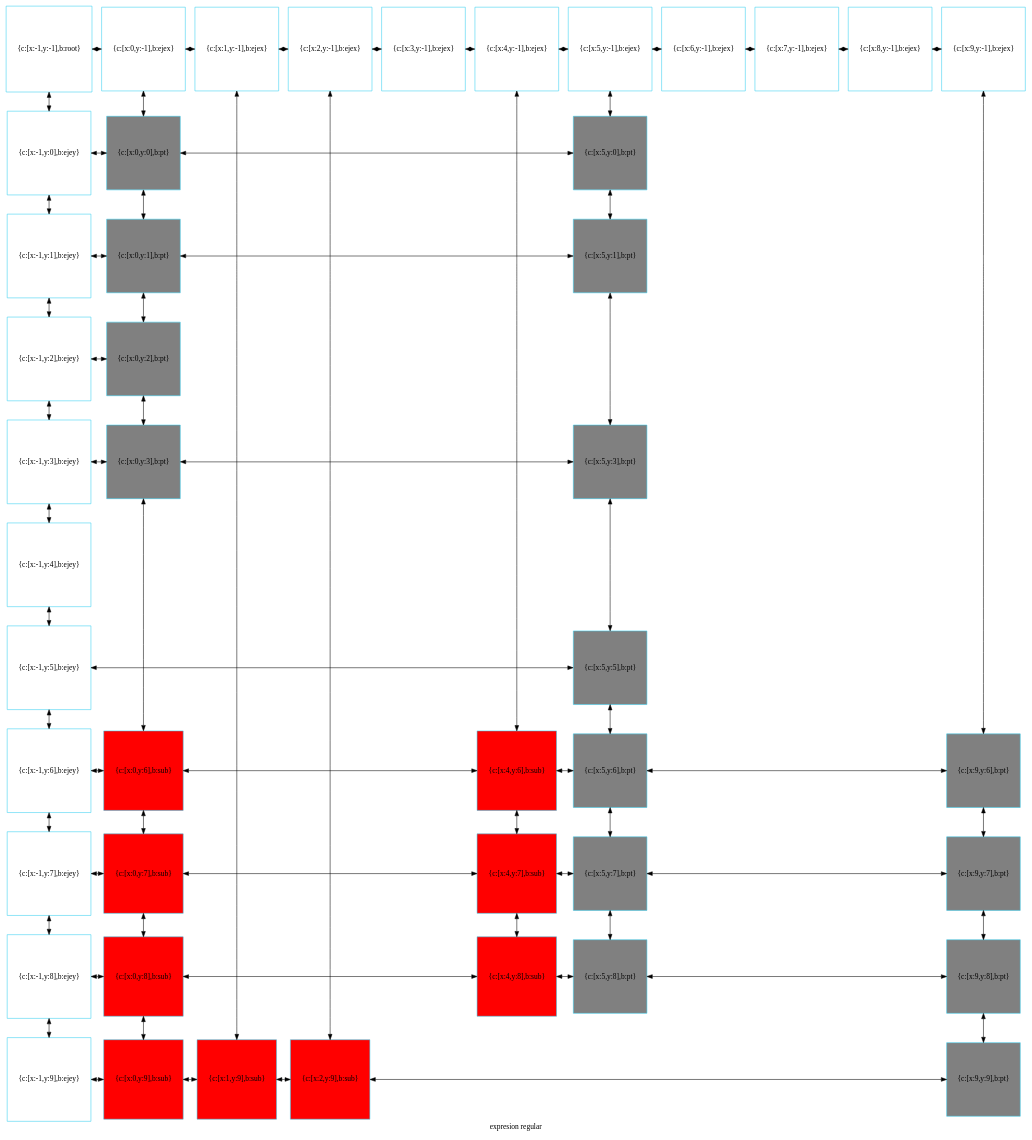
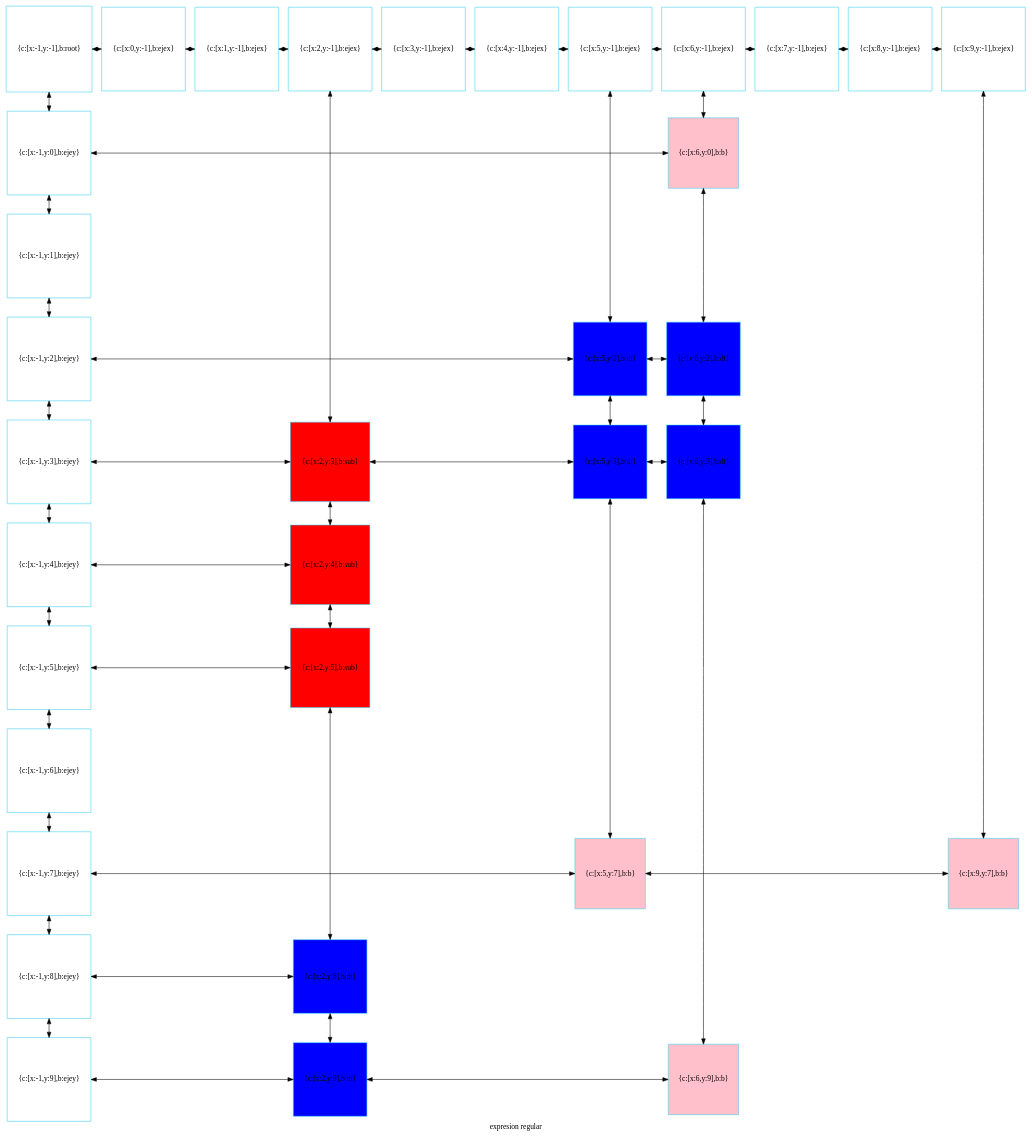
The diagram in mitablero.dot (betebetoven/EDDS2F2), drawn with Graphviz before and after one commit. The commit also changed 10 other files, not shown here.

```diff
--- a/mitablero.dot
+++ b/mitablero.dot
@@ -1,133 +1,100 @@
 digraph G
 {label="expresion regular"
         node[shape = square]
         node[style = filled]
         node[fillcolor = "#EEEEE"]
         node[color = "#EEEEE"]
         node[color = "#31CEF0"]
 
-500380260576[label="{c:[x:-1,y:-1],b:root}",fillcolor = "white"]
-500380260720[label="{c:[x:0,y:-1],b:ejex}",fillcolor = "white"]
-500380260864[label="{c:[x:1,y:-1],b:ejex}",fillcolor = "white"]
-500380261008[label="{c:[x:2,y:-1],b:ejex}",fillcolor = "white"]
-500380261152[label="{c:[x:3,y:-1],b:ejex}",fillcolor = "white"]
-500380261296[label="{c:[x:4,y:-1],b:ejex}",fillcolor = "white"]
-500380261440[label="{c:[x:5,y:-1],b:ejex}",fillcolor = "white"]
-500380261584[label="{c:[x:6,y:-1],b:ejex}",fillcolor = "white"]
-500380261728[label="{c:[x:7,y:-1],b:ejex}",fillcolor = "white"]
-500380261872[label="{c:[x:8,y:-1],b:ejex}",fillcolor = "white"]
-500380262016[label="{c:[x:9,y:-1],b:ejex}",fillcolor = "white"]
-500380262160[label="{c:[x:-1,y:0],b:ejey}",fillcolor = "white"]
-500380270992[label="{c:[x:0,y:0],b:pt}",fillcolor = "gray"]
-500380272096[label="{c:[x:5,y:0],b:pt}",fillcolor = "gray"]
-500380262304[label="{c:[x:-1,y:1],b:ejey}",fillcolor = "white"]
-500380271232[label="{c:[x:0,y:1],b:pt}",fillcolor = "gray"]
-500380272336[label="{c:[x:5,y:1],b:pt}",fillcolor = "gray"]
-500380262512[label="{c:[x:-1,y:2],b:ejey}",fillcolor = "white"]
-500380271472[label="{c:[x:0,y:2],b:pt}",fillcolor = "gray"]
-500380262656[label="{c:[x:-1,y:3],b:ejey}",fillcolor = "white"]
-500380271712[label="{c:[x:0,y:3],b:pt}",fillcolor = "gray"]
-500380272816[label="{c:[x:5,y:3],b:pt}",fillcolor = "gray"]
-500380262800[label="{c:[x:-1,y:4],b:ejey}",fillcolor = "white"]
-500380262944[label="{c:[x:-1,y:5],b:ejey}",fillcolor = "white"]
-500380271952[label="{c:[x:5,y:5],b:pt}",fillcolor = "gray"]
-500380263088[label="{c:[x:-1,y:6],b:ejey}",fillcolor = "white"]
-500380283856[label="{c:[x:0,y:6],b:sub}",fillcolor = "red"]
-500380283136[label="{c:[x:4,y:6],b:sub}",fillcolor = "red"]
-500380273152[label="{c:[x:5,y:6],b:pt}",fillcolor = "gray"]
-500380270944[label="{c:[x:9,y:6],b:pt}",fillcolor = "gray"]
-500380263232[label="{c:[x:-1,y:7],b:ejey}",fillcolor = "white"]
-500380284048[label="{c:[x:0,y:7],b:sub}",fillcolor = "red"]
-500380283328[label="{c:[x:4,y:7],b:sub}",fillcolor = "red"]
-500380273392[label="{c:[x:5,y:7],b:pt}",fillcolor = "gray"]
-500380273968[label="{c:[x:9,y:7],b:pt}",fillcolor = "gray"]
-500380263376[label="{c:[x:-1,y:8],b:ejey}",fillcolor = "white"]
-500380284288[label="{c:[x:0,y:8],b:sub}",fillcolor = "red"]
-500380283568[label="{c:[x:4,y:8],b:sub}",fillcolor = "red"]
-500380273632[label="{c:[x:5,y:8],b:pt}",fillcolor = "gray"]
-500380274352[label="{c:[x:9,y:8],b:pt}",fillcolor = "gray"]
-500380263520[label="{c:[x:-1,y:9],b:ejey}",fillcolor = "white"]
-500380284768[label="{c:[x:0,y:9],b:sub}",fillcolor = "red"]
-500380284624[label="{c:[x:1,y:9],b:sub}",fillcolor = "red"]
-500380285008[label="{c:[x:2,y:9],b:sub}",fillcolor = "red"]
-500380274592[label="{c:[x:9,y:9],b:pt}",fillcolor = "gray"]
-500380260576->500380262160[dir = both];
-500380262160->500380262304[dir = both];
-500380262304->500380262512[dir = both];
-500380262512->500380262656[dir = both];
-500380262656->500380262800[dir = both];
-500380262800->500380262944[dir = both];
-500380262944->500380263088[dir = both];
-500380263088->500380263232[dir = both];
-500380263232->500380263376[dir = both];
-500380263376->500380263520[dir = both];
-500380260720->500380270992[dir = both];
-500380270992->500380271232[dir = both];
-500380271232->500380271472[dir = both];
-500380271472->500380271712[dir = both];
-500380271712->500380283856[dir = both];
-500380283856->500380284048[dir = both];
-500380284048->500380284288[dir = both];
-500380284288->500380284768[dir = both];
-500380260864->500380284624[dir = both];
-500380261008->500380285008[dir = both];
-500380261296->500380283136[dir = both];
-500380283136->500380283328[dir = both];
-500380283328->500380283568[dir = both];
-500380261440->500380272096[dir = both];
-500380272096->500380272336[dir = both];
-500380272336->500380272816[dir = both];
-500380272816->500380271952[dir = both];
-500380271952->500380273152[dir = both];
-500380273152->500380273392[dir = both];
-500380273392->500380273632[dir = both];
-500380262016->500380270944[dir = both];
-500380270944->500380273968[dir = both];
-500380273968->500380274352[dir = both];
-500380274352->500380274592[dir = both];
-500380260576->500380260720[dir = both];
-500380260720->500380260864[dir = both];
-500380260864->500380261008[dir = both];
-500380261008->500380261152[dir = both];
-500380261152->500380261296[dir = both];
-500380261296->500380261440[dir = both];
-500380261440->500380261584[dir = both];
-500380261584->500380261728[dir = both];
-500380261728->500380261872[dir = both];
-500380261872->500380262016[dir = both];
-500380262160->500380270992[constraint=false,dir = both];
-500380270992->500380272096[constraint=false,dir = both];
-500380262304->500380271232[constraint=false,dir = both];
-500380271232->500380272336[constraint=false,dir = both];
-500380262512->500380271472[constraint=false,dir = both];
-500380262656->500380271712[constraint=false,dir = both];
-500380271712->500380272816[constraint=false,dir = both];
-500380262944->500380271952[constraint=false,dir = both];
-500380263088->500380283856[constraint=false,dir = both];
-500380283856->500380283136[constraint=false,dir = both];
-500380283136->500380273152[constraint=false,dir = both];
-500380273152->500380270944[constraint=false,dir = both];
-500380263232->500380284048[constraint=false,dir = both];
-500380284048->500380283328[constraint=false,dir = both];
-500380283328->500380273392[constraint=false,dir = both];
-500380273392->500380273968[constraint=false,dir = both];
-500380263376->500380284288[constraint=false,dir = both];
-500380284288->500380283568[constraint=false,dir = both];
-500380283568->500380273632[constraint=false,dir = both];
-500380273632->500380274352[constraint=false,dir = both];
-500380263520->500380284768[constraint=false,dir = both];
-500380284768->500380284624[constraint=false,dir = both];
-500380284624->500380285008[constraint=false,dir = both];
-500380285008->500380274592[constraint=false,dir = both];
- {rank=same; 500380260576;500380260720;500380260864;500380261008;500380261152;500380261296;500380261440;500380261584;500380261728;500380261872;500380262016;}
- {rank=same; 500380262160;500380270992;500380272096;}
- {rank=same; 500380262304;500380271232;500380272336;}
- {rank=same; 500380262512;500380271472;}
- {rank=same; 500380262656;500380271712;500380272816;}
- {rank=same; 500380262800;}
- {rank=same; 500380262944;500380271952;}
- {rank=same; 500380263088;500380283856;500380283136;500380273152;500380270944;}
- {rank=same; 500380263232;500380284048;500380283328;500380273392;500380273968;}
- {rank=same; 500380263376;500380284288;500380283568;500380273632;500380274352;}
- {rank=same; 500380263520;500380284768;500380284624;500380285008;500380274592;}
+583535751712[label="{c:[x:-1,y:-1],b:root}",fillcolor = "white"]
+583535751856[label="{c:[x:0,y:-1],b:ejex}",fillcolor = "white"]
+583535752000[label="{c:[x:1,y:-1],b:ejex}",fillcolor = "white"]
+583535752144[label="{c:[x:2,y:-1],b:ejex}",fillcolor = "white"]
+583535752288[label="{c:[x:3,y:-1],b:ejex}",fillcolor = "white"]
+583535752432[label="{c:[x:4,y:-1],b:ejex}",fillcolor = "white"]
+583535752576[label="{c:[x:5,y:-1],b:ejex}",fillcolor = "white"]
+583535752720[label="{c:[x:6,y:-1],b:ejex}",fillcolor = "white"]
+583535752864[label="{c:[x:7,y:-1],b:ejex}",fillcolor = "white"]
+583535753008[label="{c:[x:8,y:-1],b:ejex}",fillcolor = "white"]
+583535753152[label="{c:[x:9,y:-1],b:ejex}",fillcolor = "white"]
+583535753296[label="{c:[x:-1,y:0],b:ejey}",fillcolor = "white"]
+583535767120[label="{c:[x:6,y:0],b:b}",fillcolor = "pink"]
+583535753440[label="{c:[x:-1,y:1],b:ejey}",fillcolor = "white"]
+583535753584[label="{c:[x:-1,y:2],b:ejey}",fillcolor = "white"]
+583535765440[label="{c:[x:5,y:2],b:dt}",fillcolor = "blue"]
+583535766400[label="{c:[x:6,y:2],b:dt}",fillcolor = "blue"]
+583535753728[label="{c:[x:-1,y:3],b:ejey}",fillcolor = "white"]
+583535764048[label="{c:[x:2,y:3],b:sub}",fillcolor = "red"]
+583535765680[label="{c:[x:5,y:3],b:dt}",fillcolor = "blue"]
+583535766640[label="{c:[x:6,y:3],b:dt}",fillcolor = "blue"]
+583535753872[label="{c:[x:-1,y:4],b:ejey}",fillcolor = "white"]
+583535764288[label="{c:[x:2,y:4],b:sub}",fillcolor = "red"]
+583535754016[label="{c:[x:-1,y:5],b:ejey}",fillcolor = "white"]
+583535764528[label="{c:[x:2,y:5],b:sub}",fillcolor = "red"]
+583535754160[label="{c:[x:-1,y:6],b:ejey}",fillcolor = "white"]
+583535754304[label="{c:[x:-1,y:7],b:ejey}",fillcolor = "white"]
+583535771760[label="{c:[x:5,y:7],b:b}",fillcolor = "pink"]
+583535767360[label="{c:[x:9,y:7],b:b}",fillcolor = "pink"]
+583535754448[label="{c:[x:-1,y:8],b:ejey}",fillcolor = "white"]
+583535765920[label="{c:[x:2,y:8],b:dt}",fillcolor = "blue"]
+583535754592[label="{c:[x:-1,y:9],b:ejey}",fillcolor = "white"]
+583535766160[label="{c:[x:2,y:9],b:dt}",fillcolor = "blue"]
+583535766880[label="{c:[x:6,y:9],b:b}",fillcolor = "pink"]
+583535751712->583535753296[dir = both];
+583535753296->583535753440[dir = both];
+583535753440->583535753584[dir = both];
+583535753584->583535753728[dir = both];
+583535753728->583535753872[dir = both];
+583535753872->583535754016[dir = both];
+583535754016->583535754160[dir = both];
+583535754160->583535754304[dir = both];
+583535754304->583535754448[dir = both];
+583535754448->583535754592[dir = both];
+583535752144->583535764048[dir = both];
+583535764048->583535764288[dir = both];
+583535764288->583535764528[dir = both];
+583535764528->583535765920[dir = both];
+583535765920->583535766160[dir = both];
+583535752576->583535765440[dir = both];
+583535765440->583535765680[dir = both];
+583535765680->583535771760[dir = both];
+583535752720->583535767120[dir = both];
+583535767120->583535766400[dir = both];
+583535766400->583535766640[dir = both];
+583535766640->583535766880[dir = both];
+583535753152->583535767360[dir = both];
+583535751712->583535751856[dir = both];
+583535751856->583535752000[dir = both];
+583535752000->583535752144[dir = both];
+583535752144->583535752288[dir = both];
+583535752288->583535752432[dir = both];
+583535752432->583535752576[dir = both];
+583535752576->583535752720[dir = both];
+583535752720->583535752864[dir = both];
+583535752864->583535753008[dir = both];
+583535753008->583535753152[dir = both];
+583535753296->583535767120[constraint=false,dir = both];
+583535753584->583535765440[constraint=false,dir = both];
+583535765440->583535766400[constraint=false,dir = both];
+583535753728->583535764048[constraint=false,dir = both];
+583535764048->583535765680[constraint=false,dir = both];
+583535765680->583535766640[constraint=false,dir = both];
+583535753872->583535764288[constraint=false,dir = both];
+583535754016->583535764528[constraint=false,dir = both];
+583535754304->583535771760[constraint=false,dir = both];
+583535771760->583535767360[constraint=false,dir = both];
+583535754448->583535765920[constraint=false,dir = both];
+583535754592->583535766160[constraint=false,dir = both];
+583535766160->583535766880[constraint=false,dir = both];
+ {rank=same; 583535751712;583535751856;583535752000;583535752144;583535752288;583535752432;583535752576;583535752720;583535752864;583535753008;583535753152;}
+ {rank=same; 583535753296;583535767120;}
+ {rank=same; 583535753440;}
+ {rank=same; 583535753584;583535765440;583535766400;}
+ {rank=same; 583535753728;583535764048;583535765680;583535766640;}
+ {rank=same; 583535753872;583535764288;}
+ {rank=same; 583535754016;583535764528;}
+ {rank=same; 583535754160;}
+ {rank=same; 583535754304;583535771760;583535767360;}
+ {rank=same; 583535754448;583535765920;}
+ {rank=same; 583535754592;583535766160;583535766880;}
 }
```
